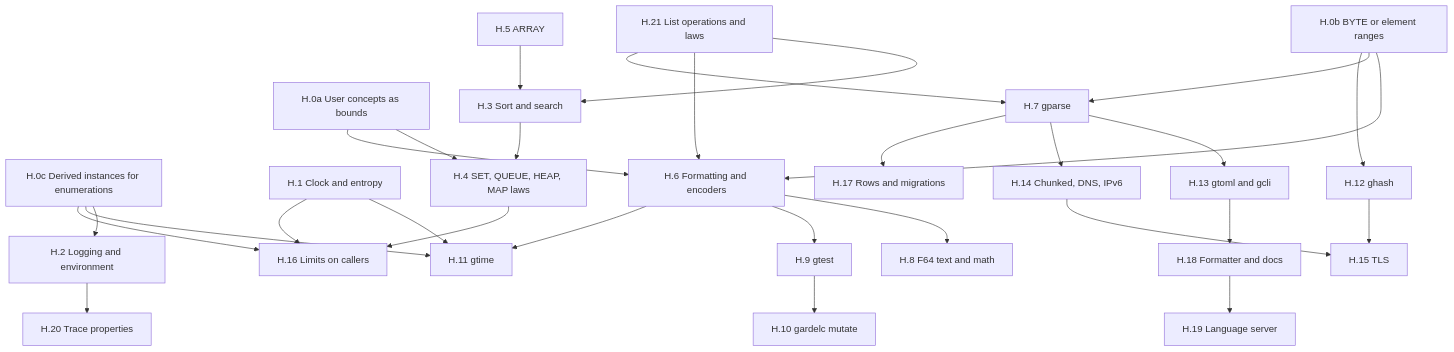
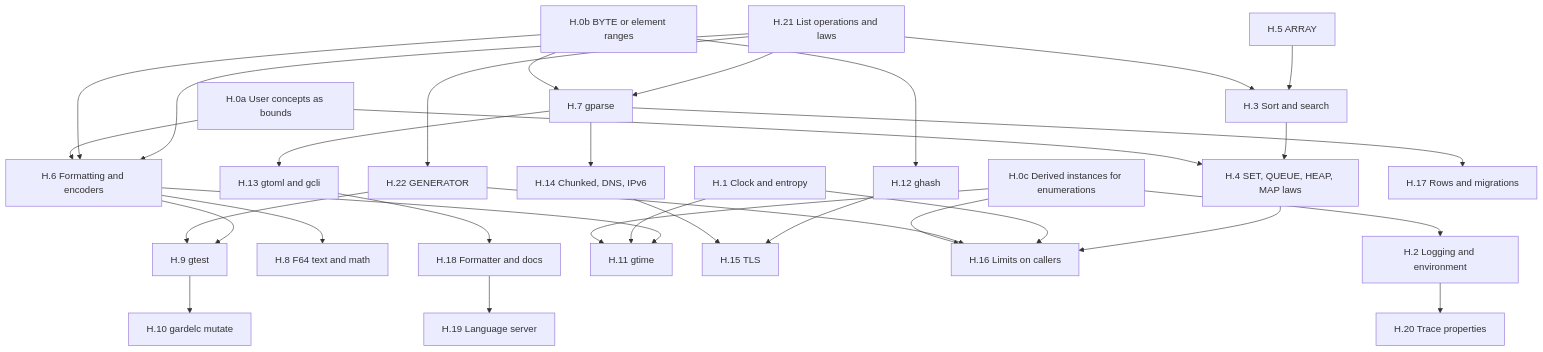
Before and after one commit to GardelPL/gardel: the diagram in plan/libraries/library_essentials.md, drawn with Mermaid. The commit also changed other lines of this file, not shown here.

````diff
--- a/plan/libraries/library_essentials.md
+++ b/plan/libraries/library_essentials.md
@@ -58,51 +58,55 @@
 ```mermaid
 flowchart TD
     H0a["H.0a User concepts as bounds"]
     H0b["H.0b BYTE or element ranges"]
     H0c["H.0c Derived instances for enumerations"]
     H21["H.21 List operations and laws"]
+    H22["H.22 GENERATOR"]
     H1["H.1 Clock and entropy"]
     H2["H.2 Logging and environment"]
     H3["H.3 Sort and search"]
     H4["H.4 SET, QUEUE, HEAP, MAP laws"]
     H5["H.5 ARRAY"]
     H6["H.6 Formatting and encoders"]
     H7["H.7 gparse"]
     H8["H.8 F64 text and math"]
     H9["H.9 gtest"]
     H10["H.10 gardelc mutate"]
     H11["H.11 gtime"]
     H12["H.12 ghash"]
     H13["H.13 gtoml and gcli"]
     H14["H.14 Chunked, DNS, IPv6"]
     H15["H.15 TLS"]
     H16["H.16 Limits on callers"]
     H17["H.17 Rows and migrations"]
     H18["H.18 Formatter and docs"]
     H19["H.19 Language server"]
     H20["H.20 Trace properties"]
     H0a --> H4
     H0a --> H6
     H0b --> H6
     H0b --> H7
     H0c --> H2
     H0c --> H11
     H0c --> H16
     H21 --> H3
     H21 --> H6
     H21 --> H7
+    H21 --> H22
+    H22 --> H9
+    H22 --> H16
     H5 --> H3 --> H4
     H1 --> H11
     H1 --> H16
     H6 --> H8
     H6 --> H9 --> H10
     H6 --> H11
     H0b --> H12
     H7 --> H13
     H7 --> H14 --> H15
     H12 --> H15
     H4 --> H16
     H7 --> H17
     H13 --> H18 --> H19
     H2 --> H20
 ```
````
